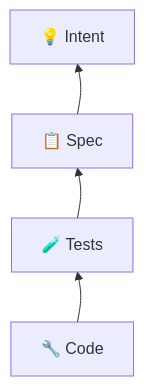
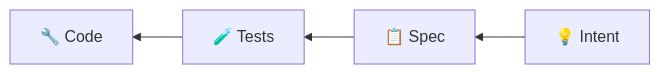
One commit to Texarkanine/devblog changed the diagram in _garden/adeptus-mechanicus-bootcamp.md. Above: the diagram before and after it, drawn with Mermaid.

Commit message:
chore: I cannot get the chart to render right when it's so narrow. Need to figure font size.

````diff
--- a/_garden/adeptus-mechanicus-bootcamp.md
+++ b/_garden/adeptus-mechanicus-bootcamp.md
@@ -45,9 +45,13 @@
 ```mermaid
-graph TD
-    D["💡 Intent"] --- C["📋 Spec"] --- B["🧪 Tests"] --- A["🔧 Code"]
-    C --> D
-    B --> C
-    A --> B
+graph LR
+  Code["🔧 Code"] --- Test["🧪 Tests"] --> Code 
+  Test --- Code
 
-linkStyle 0,1,2 stroke:none
+  Test --- Spec["📋 Spec"] --> Test
+  Spec --- Test
+  
+  Spec --- Intent["💡 Intent"] --> Spec
+  Intent --- Spec
+
+  linkStyle 0,2,3,5,6,8 stroke:none
 ```
````
